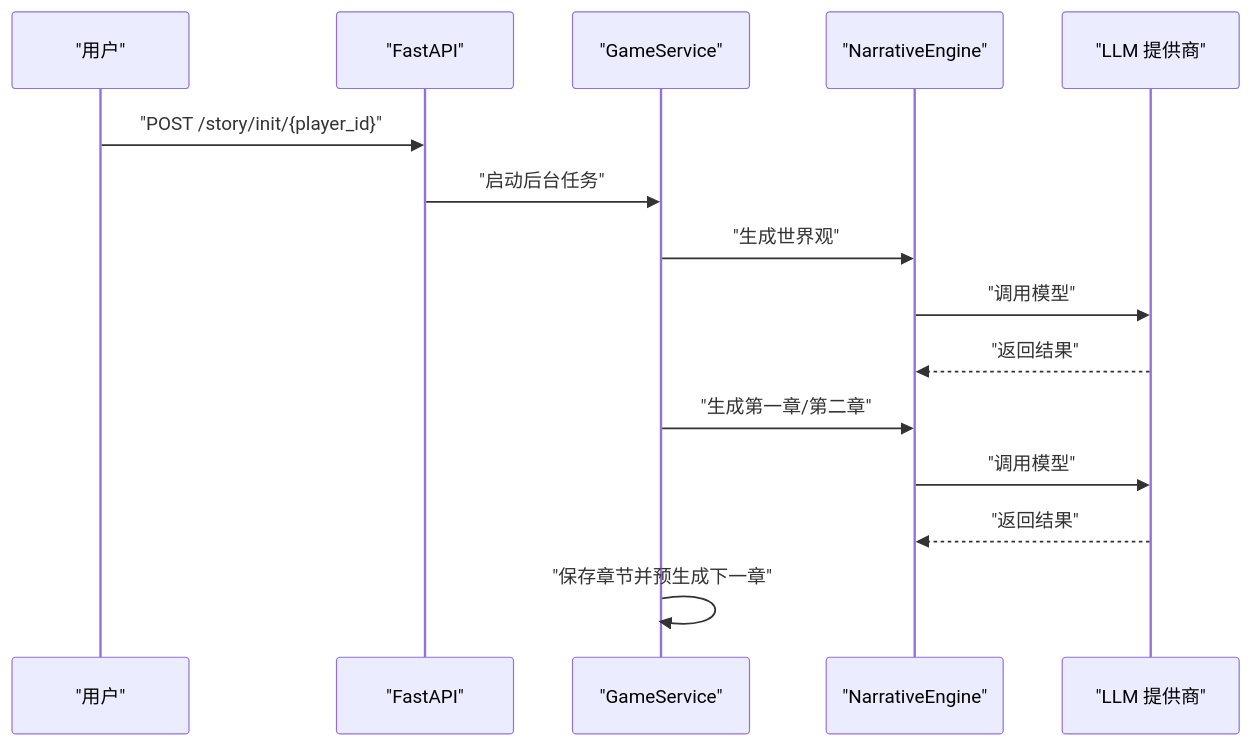
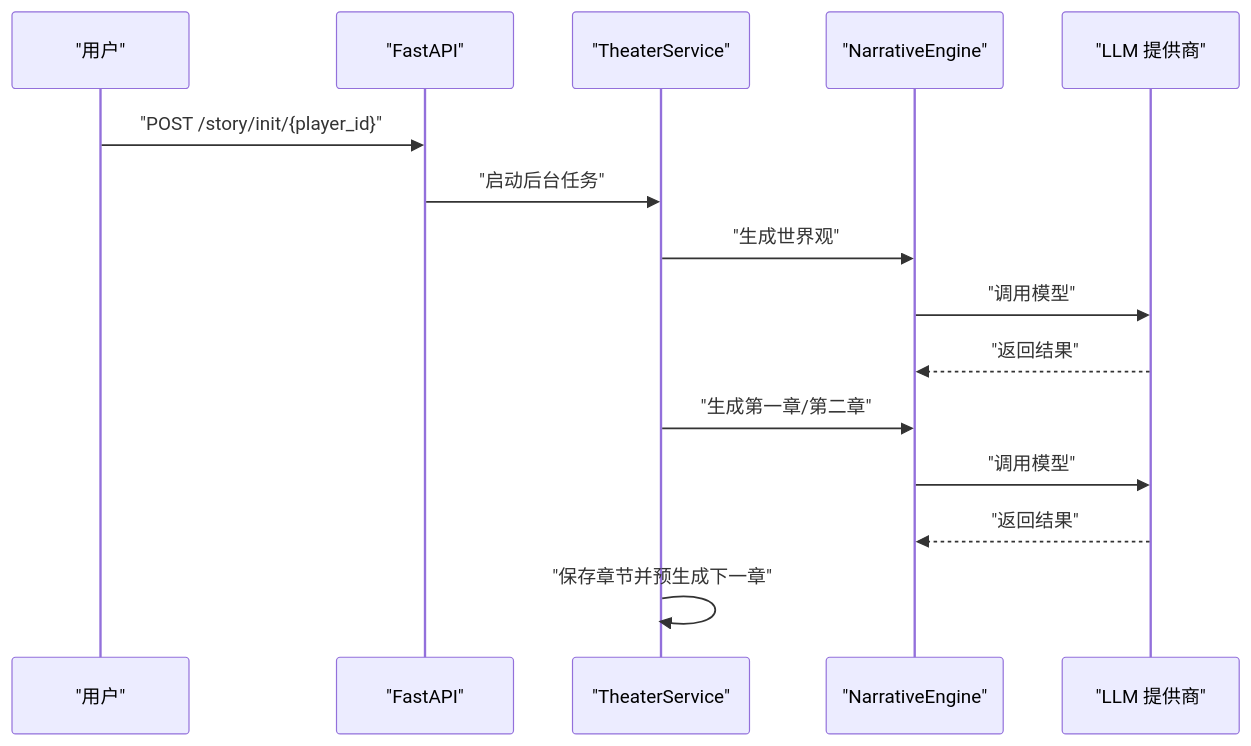
The fourth of 7 diagrams in .qoder/repowiki/zh/content/部署指南/后端部署/性能优化/性能监控与基准测试.md (KunLabAI/KunFlix), drawn with Mermaid before and after one commit. The commit also changed other lines of this file and 112 other files, not shown here.

````diff
--- a/.qoder/repowiki/zh/content/部署指南/后端部署/性能优化/性能监控与基准测试.md
+++ b/.qoder/repowiki/zh/content/部署指南/后端部署/性能优化/性能监控与基准测试.md
@@ -139,17 +139,17 @@
 ```mermaid
 sequenceDiagram
 participant U as "用户"
 participant F as "FastAPI"
-participant S as "GameService"
+participant S as "TheaterService"
 participant N as "NarrativeEngine"
 participant L as "LLM 提供商"
 U->>F : "POST /story/init/{player_id}"
 F->>S : "启动后台任务"
 S->>N : "生成世界观"
 N->>L : "调用模型"
 L-->>N : "返回结果"
 S->>N : "生成第一章/第二章"
 N->>L : "调用模型"
 L-->>N : "返回结果"
 S->>S : "保存章节并预生成下一章"
 ```
````
